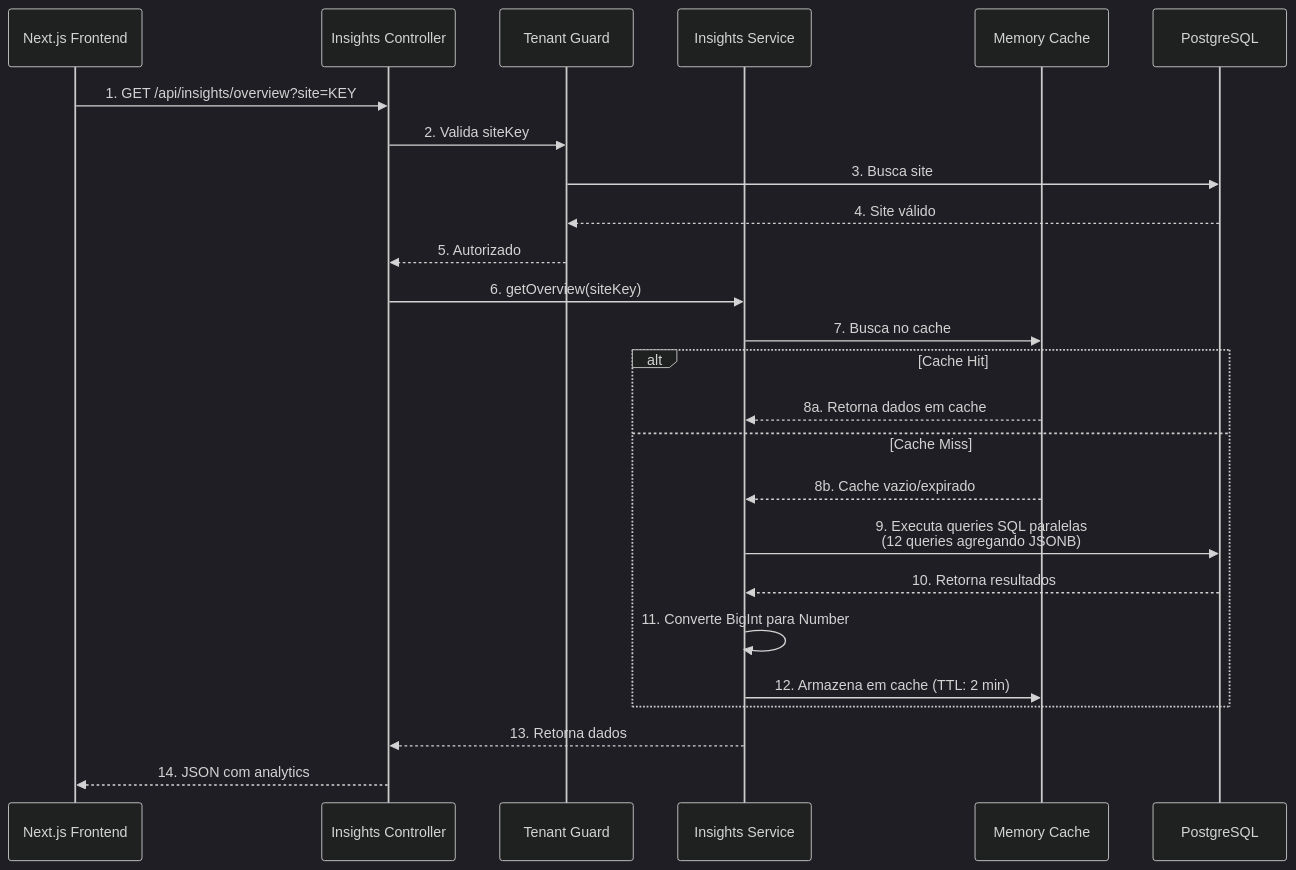
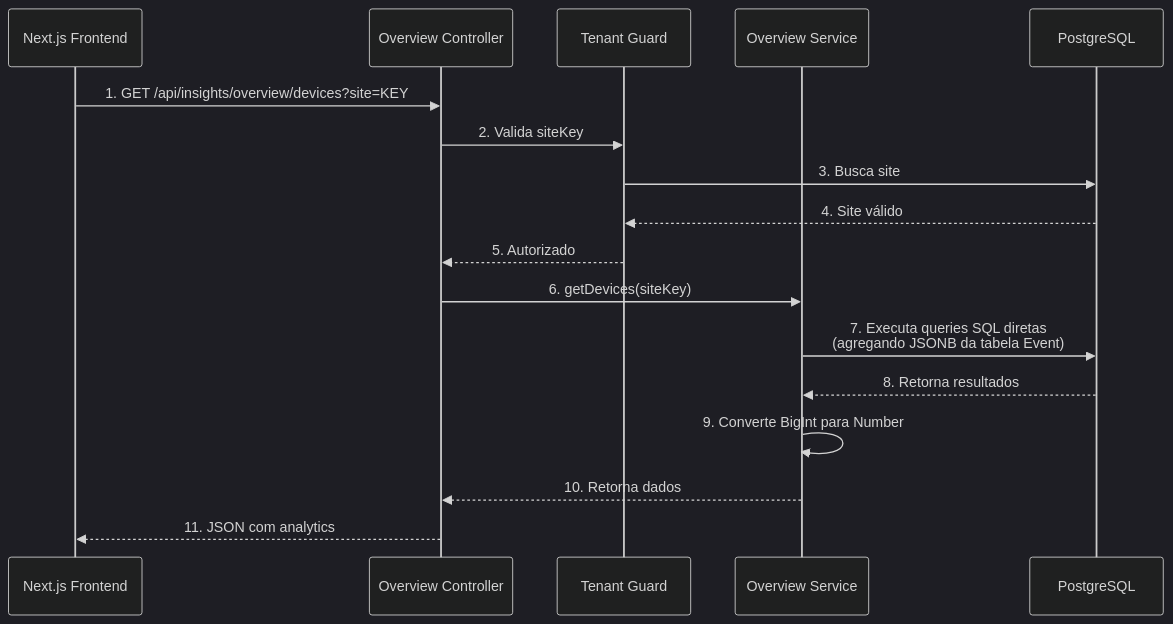
Before and after one commit to Couks/projeto-tfc: the fourth of 5 diagrams in README.md, drawn with Mermaid (dark theme). The commit also changed other lines of this file and 33 other files, not shown here.

````diff
--- a/README.md
+++ b/README.md
@@ -211,28 +226,20 @@
 ```mermaid
 sequenceDiagram
     participant Frontend as Next.js Frontend
-    participant InsightsController as Insights Controller
+    participant OverviewController as Overview Controller
     participant TenantGuard as Tenant Guard
-    participant InsightsService as Insights Service
-    participant Cache as Memory Cache
+    participant OverviewService as Overview Service
     participant DB as PostgreSQL
 
-    Frontend->>InsightsController: 1. GET /api/insights/overview?site=KEY
-    InsightsController->>TenantGuard: 2. Valida siteKey
+    Frontend->>OverviewController: 1. GET /api/insights/overview/devices?site=KEY
+    OverviewController->>TenantGuard: 2. Valida siteKey
     TenantGuard->>DB: 3. Busca site
     DB-->>TenantGuard: 4. Site válido
-    TenantGuard-->>InsightsController: 5. Autorizado
-    InsightsController->>InsightsService: 6. getOverview(siteKey)
-    InsightsService->>Cache: 7. Busca no cache
-    alt Cache Hit
-        Cache-->>InsightsService: 8a. Retorna dados em cache
-    else Cache Miss
-        Cache-->>InsightsService: 8b. Cache vazio/expirado
-        InsightsService->>DB: 9. Executa queries SQL paralelas<br/>(12 queries agregando JSONB)
-        DB-->>InsightsService: 10. Retorna resultados
-        InsightsService->>InsightsService: 11. Converte BigInt para Number
-        InsightsService->>Cache: 12. Armazena em cache (TTL: 2 min)
-    end
-    InsightsService-->>InsightsController: 13. Retorna dados
-    InsightsController-->>Frontend: 14. JSON com analytics
+    TenantGuard-->>OverviewController: 5. Autorizado
+    OverviewController->>OverviewService: 6. getDevices(siteKey)
+    OverviewService->>DB: 7. Executa queries SQL diretas<br/>(agregando JSONB da tabela Event)
+    DB-->>OverviewService: 8. Retorna resultados
+    OverviewService->>OverviewService: 9. Converte BigInt para Number
+    OverviewService-->>OverviewController: 10. Retorna dados
+    OverviewController-->>Frontend: 11. JSON com analytics
 ```
````
